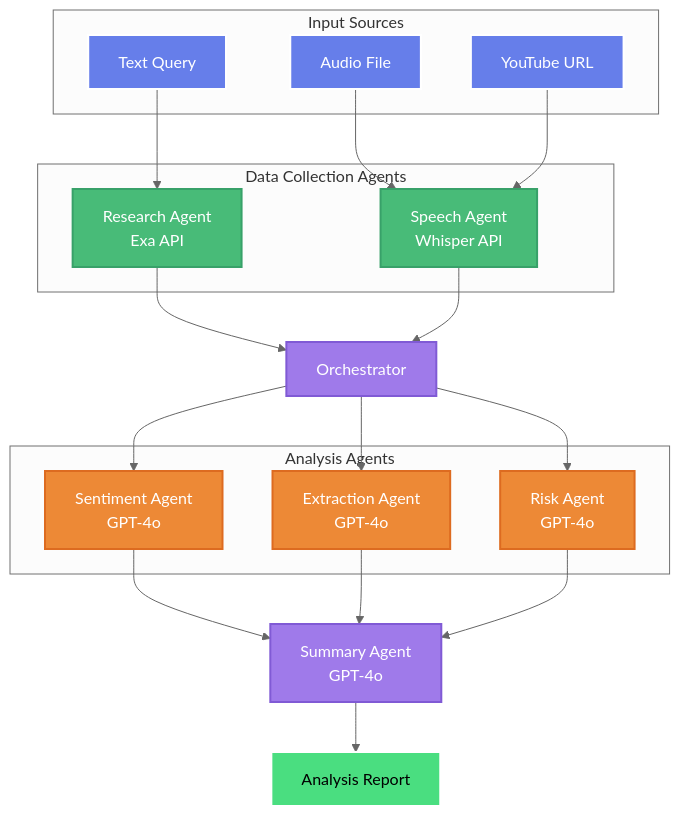
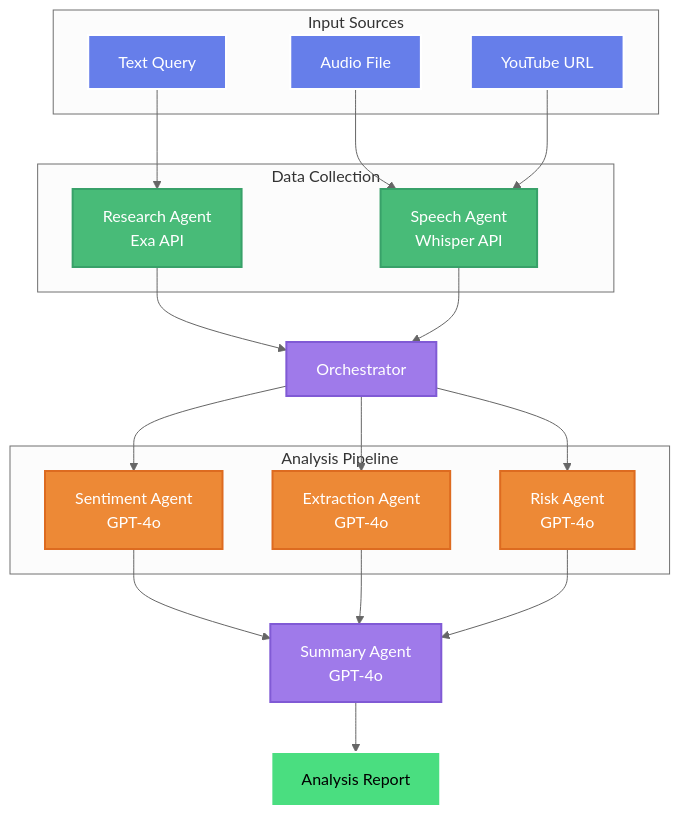
One commit to AluminumShark/FinFlash changed the diagram in README.md. Above: the diagram before and after it, drawn with Mermaid (neutral theme). The commit also changed other lines of this file, not shown here.

````diff
--- a/README.md
+++ b/README.md
@@ -9,54 +45,54 @@
 ```mermaid
 graph TB
     subgraph "Input Sources"
         Text[Text Query]
         Audio[Audio File]
         YouTube[YouTube URL]
     end
     
-    subgraph "Data Collection Agents"
+    subgraph "Data Collection"
         ResearchAgent[Research Agent<br/>Exa API]
         SpeechAgent[Speech Agent<br/>Whisper API]
     end
     
-    subgraph "Analysis Agents"
+    subgraph "Analysis Pipeline"
         SentimentAgent[Sentiment Agent<br/>GPT-4o]
         ExtractionAgent[Extraction Agent<br/>GPT-4o]
         RiskAgent[Risk Agent<br/>GPT-4o]
     end
     
     Orchestrator[Orchestrator]
     SummaryAgent[Summary Agent<br/>GPT-4o]
     Output[Analysis Report]
     
     %% Flow connections
     Text --> ResearchAgent
     Audio --> SpeechAgent
     YouTube --> SpeechAgent
     
     ResearchAgent --> Orchestrator
     SpeechAgent --> Orchestrator
     
     Orchestrator --> SentimentAgent
     Orchestrator --> ExtractionAgent
     Orchestrator --> RiskAgent
     
     SentimentAgent --> SummaryAgent
     ExtractionAgent --> SummaryAgent
     RiskAgent --> SummaryAgent
     
     SummaryAgent --> Output
     
     %% Styling
     classDef inputStyle fill:#667eea,stroke:#fff,stroke-width:2px,color:#fff
     classDef collectionStyle fill:#48bb78,stroke:#38a169,stroke-width:2px,color:#fff
     classDef analysisStyle fill:#ed8936,stroke:#dd6b20,stroke-width:2px,color:#fff
     classDef orchestratorStyle fill:#9f7aea,stroke:#805ad5,stroke-width:2px,color:#fff
     classDef outputStyle fill:#4ade80,stroke:#fff,stroke-width:2px,color:#000
     
     class Text,Audio,YouTube inputStyle
     class ResearchAgent,SpeechAgent collectionStyle
     class SentimentAgent,ExtractionAgent,RiskAgent analysisStyle
     class Orchestrator,SummaryAgent orchestratorStyle
     class Output outputStyle
 ```
````
